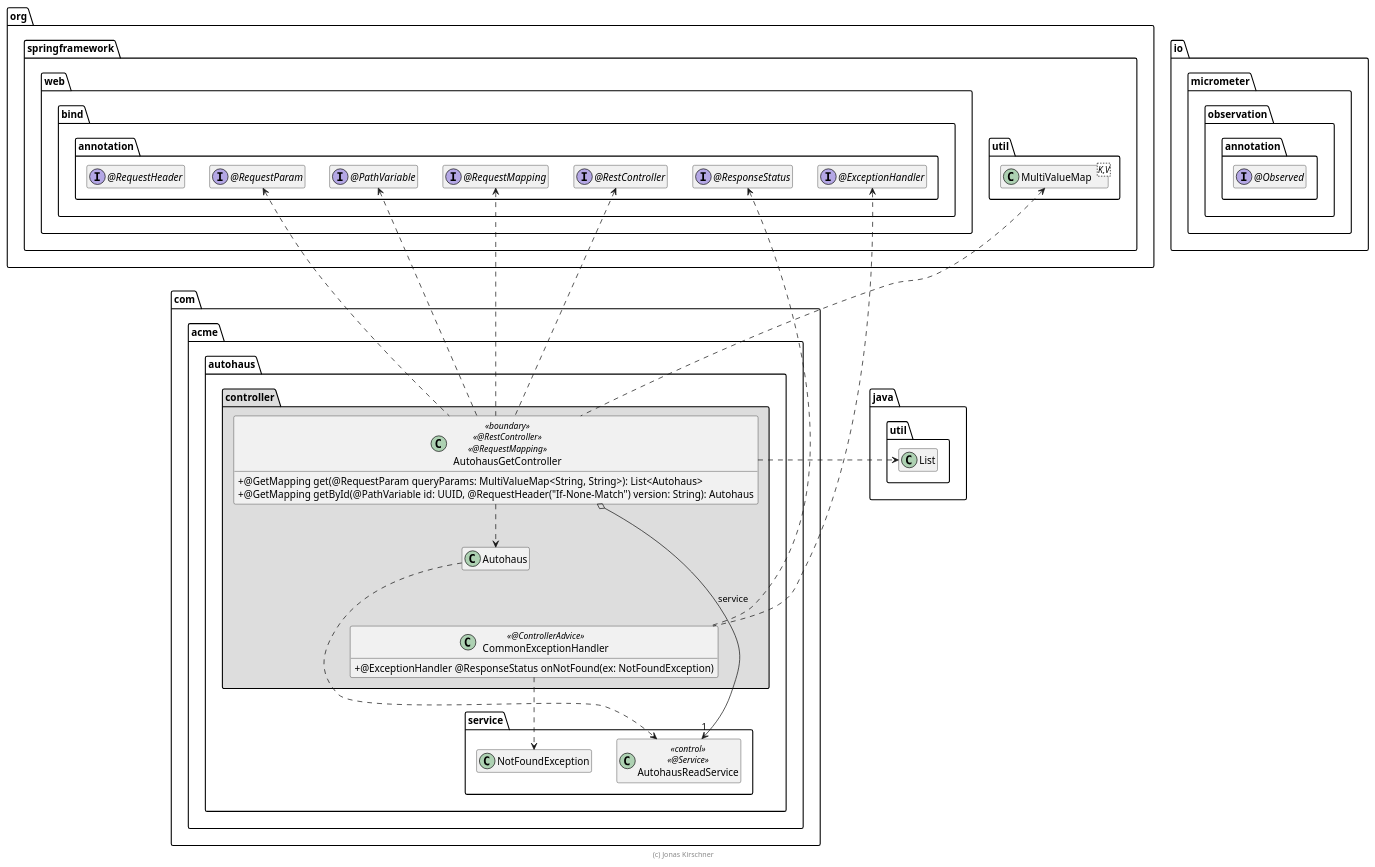
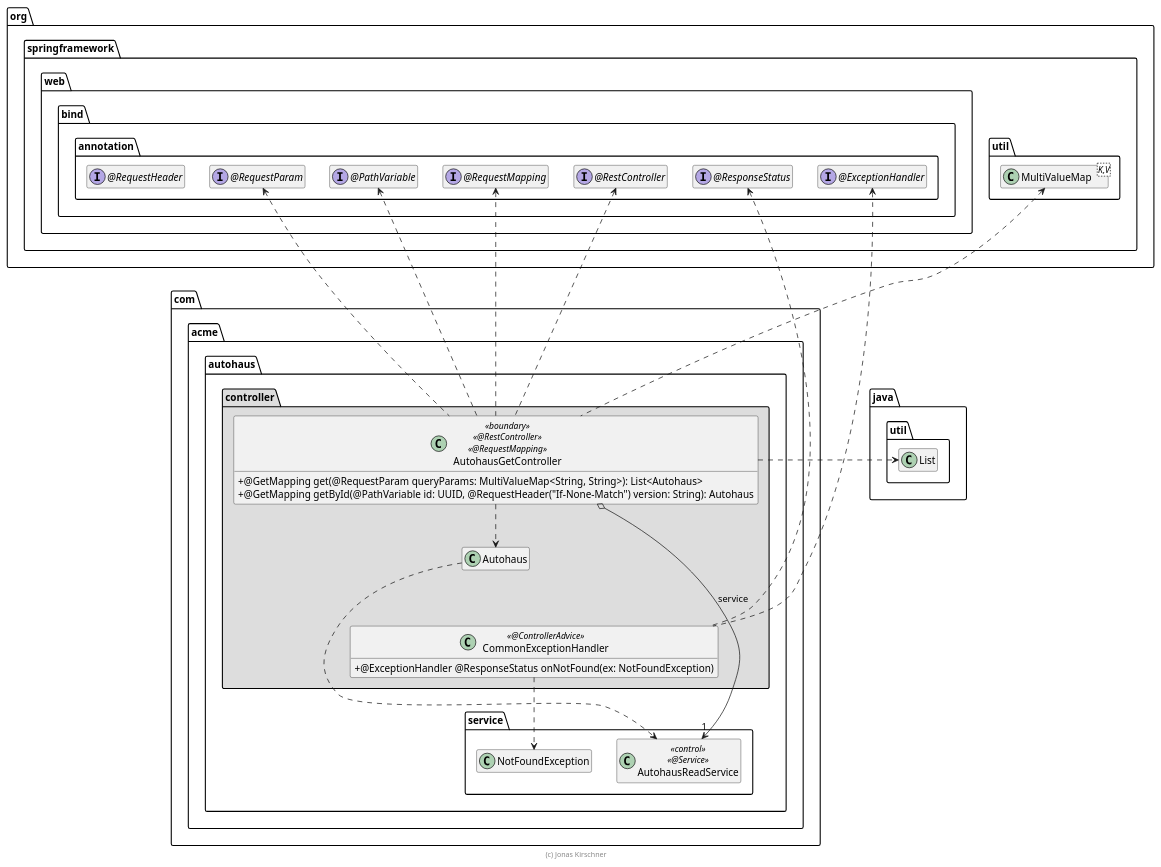
The diagram in extras/doc/AutohausGetController.plantuml (JBones35/AutohausJavaSwa), drawn with PlantUML before and after one commit. The commit also changed 19 other files, not shown here.

```diff
--- a/extras/doc/AutohausGetController.plantuml
+++ b/extras/doc/AutohausGetController.plantuml
@@ -1,69 +1,65 @@
 @startuml AutohausGetController
 
 skinparam classAttributeIconSize 0
-
-package io.micrometer.observation.annotation {
-        interface "@Observed" as Observed
-}
 
 package org.springframework {
     package web.bind.annotation {
         interface "@RestController" as RestController
         interface "@RequestMapping" as RequestMapping
         interface "@PathVariable" as PathVariable
         interface "@RequestParam" as RequestParam
         interface "@ExceptionHandler" as ExceptionHandler
         interface "@ResponseStatus" as ResponseStatus
         interface "@RequestHeader" as RequestHeader
     }
 
     package util {
         class MultiValueMap<K,V>
     }
 }
 
 package java.util {
     class List
 }
 
 package com.acme.autohaus {
     package service {
         class AutohausReadService << control >> << @Service >>
         class NotFoundException
     }
 
 package controller #DDDDDD {
         class AutohausGetController << boundary >> << @RestController >> << @RequestMapping >> {
             + @GetMapping get(@RequestParam queryParams: MultiValueMap<String, String>): List<Autohaus>
             + @GetMapping getById(@PathVariable id: UUID, @RequestHeader("If-None-Match") version: String): Autohaus
         }
 
         class CommonExceptionHandler << @ControllerAdvice >> {
             + @ExceptionHandler @ResponseStatus onNotFound(ex: NotFoundException)
         }
 
         AutohausGetController o--> "1" AutohausReadService : service
         AutohausGetController ..> Autohaus
 
         AutohausGetController .up.> RestController
         AutohausGetController .up.> RequestMapping
         AutohausGetController .up.> PathVariable
         AutohausGetController .up.> RequestParam
         AutohausGetController .up.> MultiValueMap
 
         CommonExceptionHandler .up.> ExceptionHandler
         CommonExceptionHandler .up.> ResponseStatus
         CommonExceptionHandler ..> NotFoundException
         CommonExceptionHandler .up[hidden].> Autohaus
 
         AutohausGetController .right.> List
 
         Autohaus ..> AutohausReadService
     }
 }
 
 hide empty members
 
 footer (c) Jonas Kirschner
 
 @enduml
```
